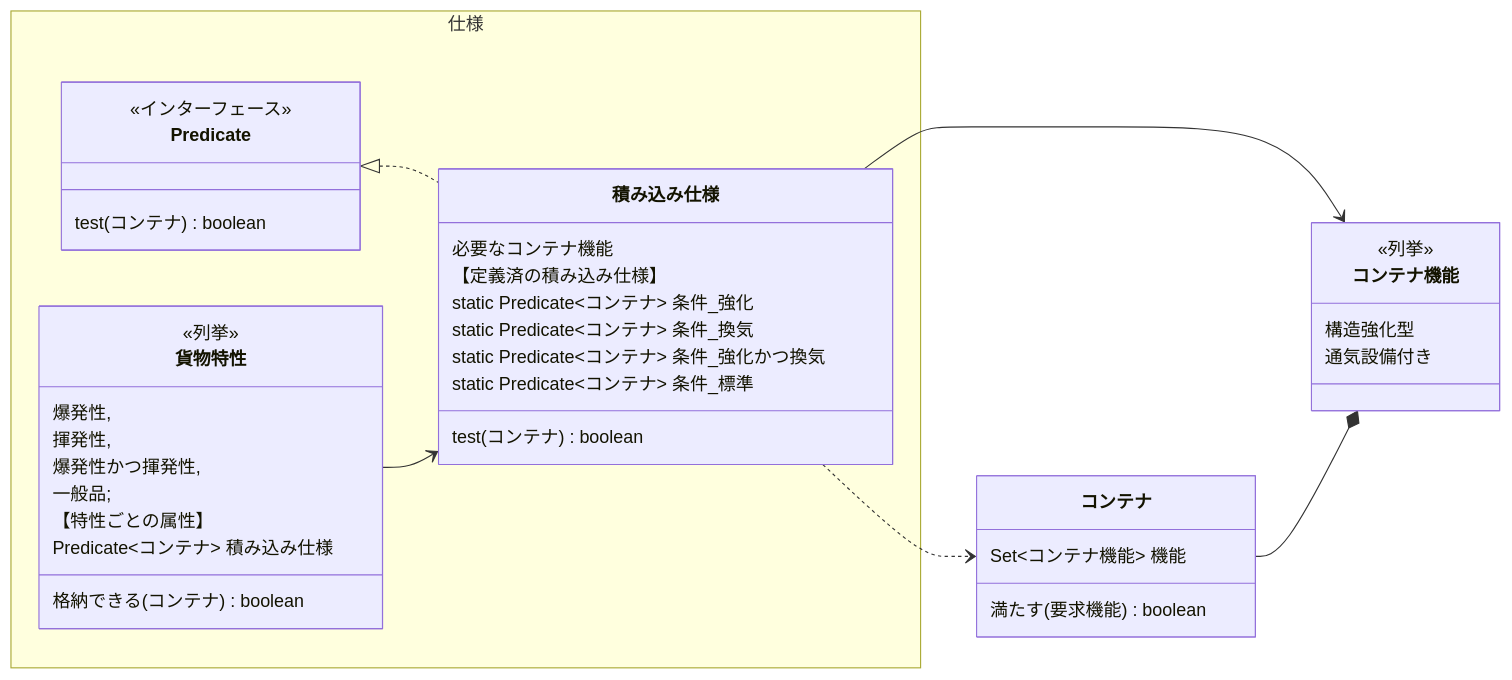
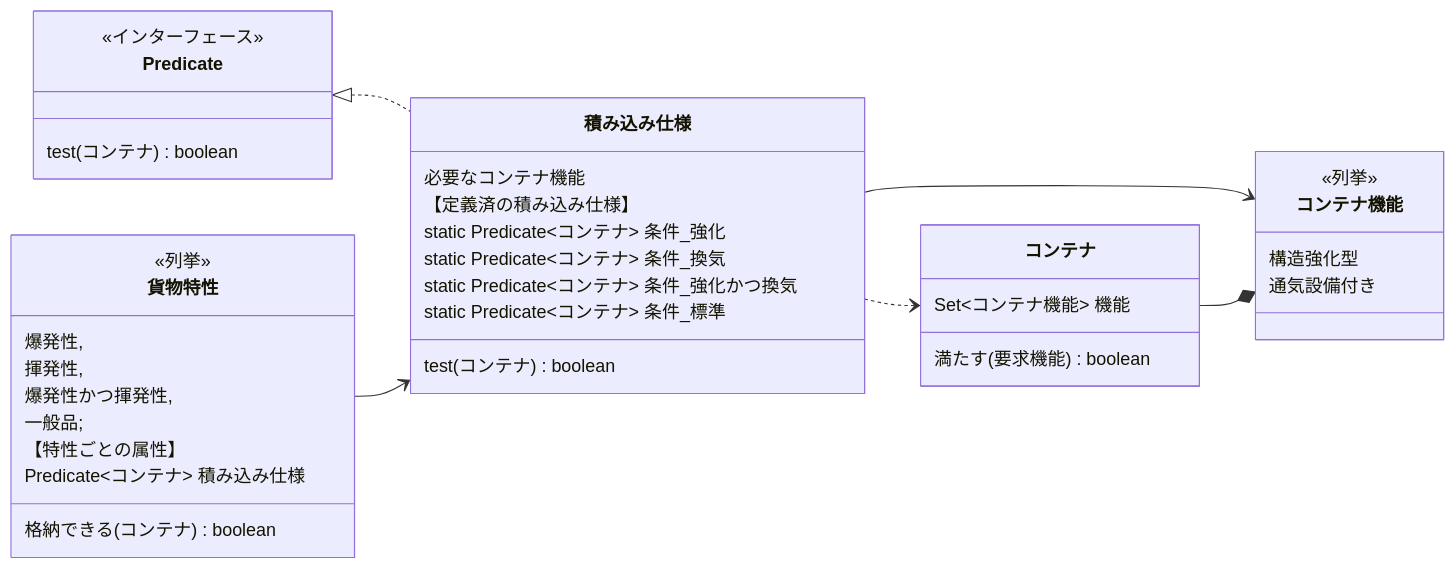
One commit to masuda220/business-logic-patterns changed the diagram in src/main/java/com/example/domain/model/jjugccc2024/advanced/predicate/コンテナ積み込み判定.mmd. Above: the diagram before and after it, drawn with Mermaid.

Commit message:
積み込み仕様　クラス図 namespace 削除

```diff
--- a/src/main/java/com/example/domain/model/jjugccc2024/advanced/predicate/コンテナ積み込み判定.mmd
+++ b/src/main/java/com/example/domain/model/jjugccc2024/advanced/predicate/コンテナ積み込み判定.mmd
@@ -1,46 +1,44 @@
 classDiagram
     direction LR
     Predicate <|.. Specification
     貨物特性 --> Specification
     Specification --> コンテナ機能
     Specification ..> コンテナ
     コンテナ --* コンテナ機能
 
-    namespace 仕様 {
-        class Predicate {
-            <<インターフェース>>
-            test(コンテナ) boolean
-        }
+    class Predicate {
+        <<インターフェース>>
+        test(コンテナ) boolean
+    }
 
-        class 貨物特性 {
-            <<列挙>>
-            爆発性,
-            揮発性,
-            爆発性かつ揮発性,
-            一般品;
-            【特性ごとの属性】
-            Predicate<コンテナ> 積み込み仕様
-            格納できる(コンテナ) boolean
-        }
+    class 貨物特性 {
+        <<列挙>>
+        爆発性,
+        揮発性,
+        爆発性かつ揮発性,
+        一般品;
+        【特性ごとの属性】
+        Predicate<コンテナ> 積み込み仕様
+        格納できる(コンテナ) boolean
+    }
 
-        class Specification["積み込み仕様"] {
-            必要なコンテナ機能
-            【定義済の積み込み仕様】
-            static Predicate~コンテナ~ 条件_強化
-            static Predicate~コンテナ~ 条件_換気
-            static Predicate~コンテナ~ 条件_強化かつ換気
-            static Predicate~コンテナ~ 条件_標準
-            test(コンテナ) boolean
-        }
+    class Specification["積み込み仕様"] {
+        必要なコンテナ機能
+        【定義済の積み込み仕様】
+        static Predicate~コンテナ~ 条件_強化
+        static Predicate~コンテナ~ 条件_換気
+        static Predicate~コンテナ~ 条件_強化かつ換気
+        static Predicate~コンテナ~ 条件_標準
+        test(コンテナ) boolean
     }
 
     class コンテナ {
         Set~コンテナ機能~ 機能
         満たす(要求機能) boolean
     }
 
     class コンテナ機能 {
         <<列挙>>
         構造強化型
         通気設備付き
     }
```
